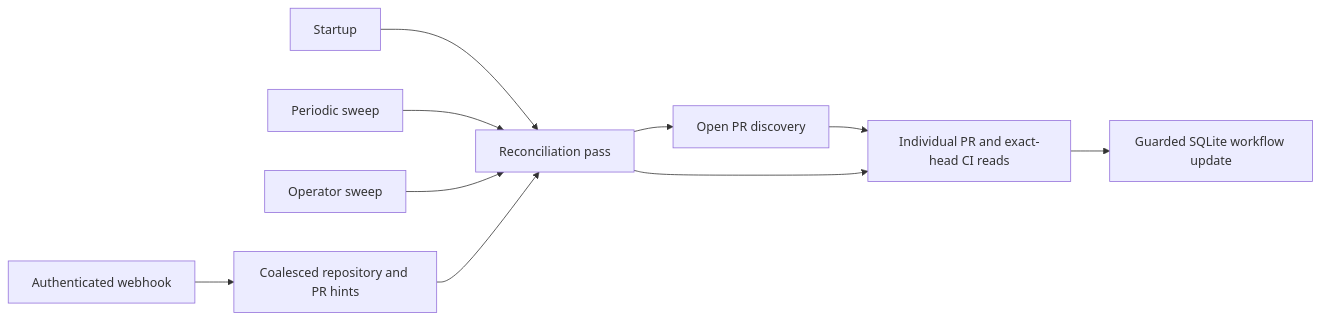
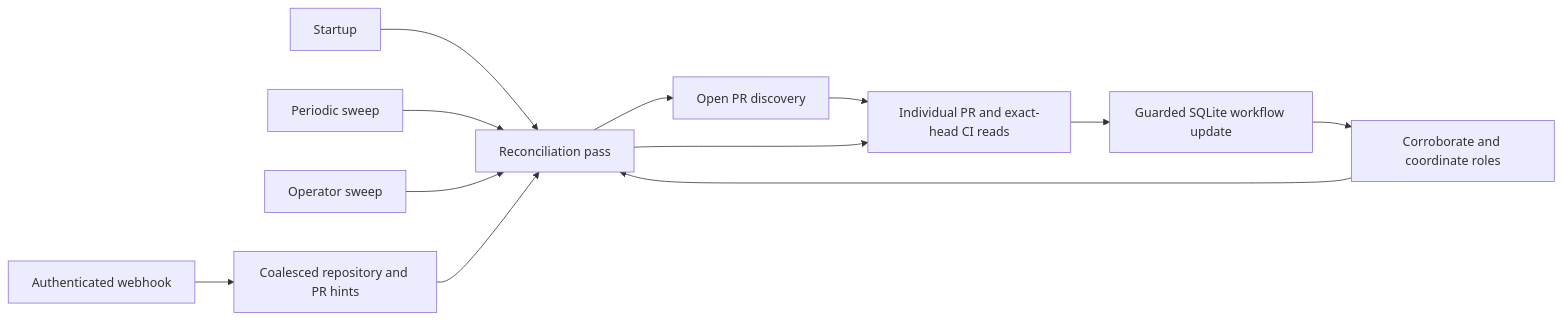
The diagram in docs/architecture.md (cellgraph/switchyard), drawn with Mermaid before and after one commit. The commit also changed other lines of this file and 29 other files, not shown here.

````diff
--- a/docs/architecture.md
+++ b/docs/architecture.md
@@ -25,12 +25,14 @@
 ```mermaid
 flowchart LR
     Start[Startup] --> Observe[Reconciliation pass]
     Timer[Periodic sweep] --> Observe
     Operator[Operator sweep] --> Observe
     Webhook[Authenticated webhook] --> Hints[Coalesced repository and PR hints]
     Hints --> Observe
     Observe --> Discovery[Open PR discovery]
     Discovery --> Detail[Individual PR and exact-head CI reads]
     Observe --> Detail
     Detail --> Apply[Guarded SQLite workflow update]
+    Apply --> Coordinate[Corroborate and coordinate roles]
+    Coordinate --> Observe
 ```
````
